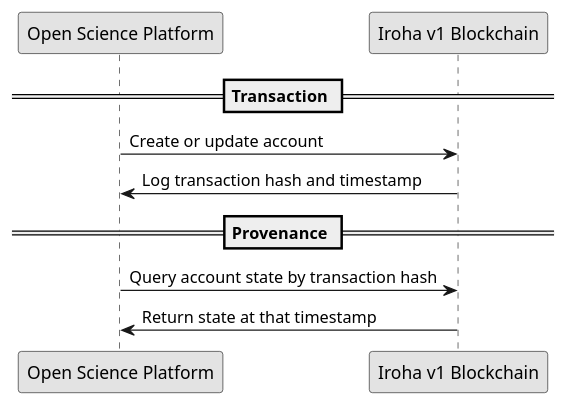
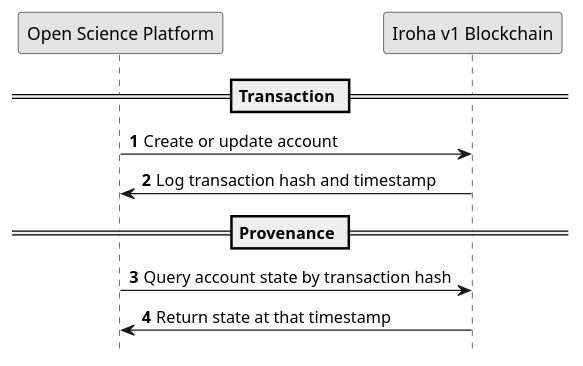
The diagram in diagrams/plantUML/provenance_timeline.wsd (OliveiraEdu/d-OSP), drawn with PlantUML before and after one commit. The commit also changed 1 other file, not shown here.

Commit message:
new diagrams

```diff
--- a/diagrams/plantUML/provenance_timeline.wsd
+++ b/diagrams/plantUML/provenance_timeline.wsd
@@ -1,20 +1,28 @@
 @startuml
 
+
+' https://plantuml.com/sequence-diagram
+
 skinparam monochrome true
+' skinparam style strictuml
+
+hide footbox
+
+autonumber
 
 ' title Transaction logging and provenance query
 
 == Transaction ==
 
 participant "Open Science Platform" as Platform
 participant "Iroha v1 Blockchain" as Iroha
 
 Platform -> Iroha: Create or update account
 Iroha -> Platform: Log transaction hash and timestamp
 
 == Provenance ==
 
 Platform -> Iroha: Query account state by transaction hash
 Iroha -> Platform: Return state at that timestamp
 
 @enduml
```
